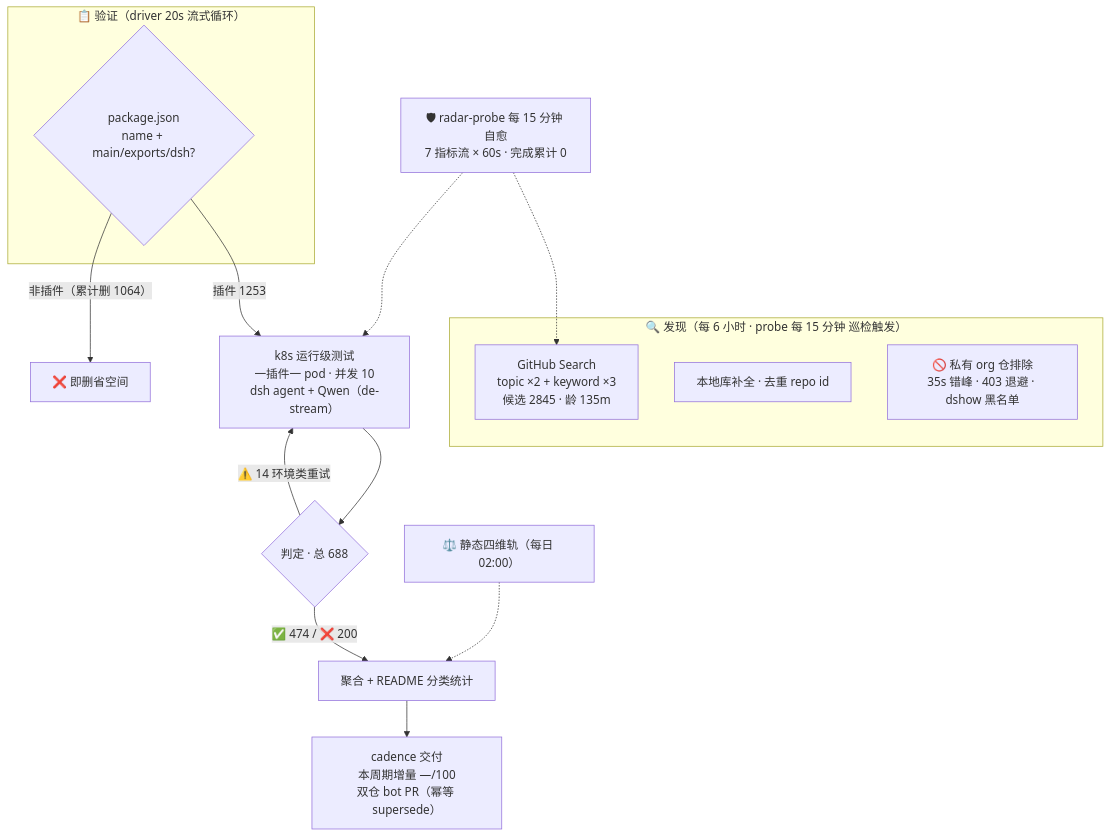
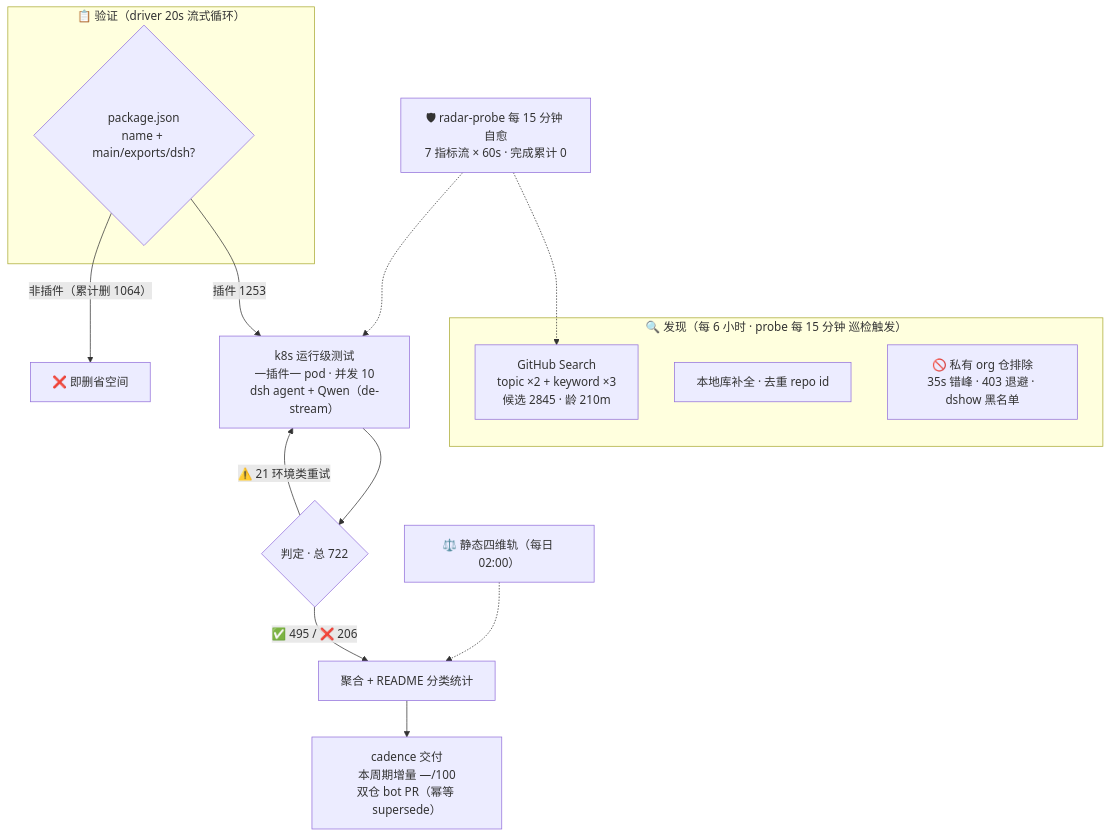
Before and after one commit to Zhidao-Lab-OSS/awesome-dsh-plugins: the diagram in README.md, drawn with Mermaid. The commit also changed other lines of this file and 1 other file, not shown here.

````diff
--- a/README.md
+++ b/README.md
@@ -32,20 +32,20 @@
 ```mermaid
 flowchart TB
     subgraph Discovery["🔍 发现（每 6 小时 · probe 每 15 分钟 巡检触发）"]
-        A1["GitHub Search<br/>topic ×2 + keyword ×3<br/>候选 2845 · 龄 135m"]
+        A1["GitHub Search<br/>topic ×2 + keyword ×3<br/>候选 2845 · 龄 210m"]
         A2["本地库补全 · 去重 repo id"]
         A3["🚫 私有 org 仓排除<br/>35s 错峰 · 403 退避 · dshow 黑名单"]
     end
     subgraph Validation["📋 验证（driver 20s 流式循环）"]
         B1{"package.json<br/>name + main/exports/dsh?"}
     end
     B1 -->|"插件 1253"| C1["k8s 运行级测试<br/>一插件一 pod · 并发 10<br/>dsh agent + Qwen（de-stream）"]
     B1 -->|"非插件（累计删 1064）"| B3["❌ 即删省空间"]
-    C1 --> D1{"判定 · 总 688"}
-    D1 -->|"✅ 474 / ❌ 200"| E1["聚合 + README 分类统计"]
-    D1 -->|"⚠️ 14 环境类重试"| C1
+    C1 --> D1{"判定 · 总 722"}
+    D1 -->|"✅ 495 / ❌ 206"| E1["聚合 + README 分类统计"]
+    D1 -->|"⚠️ 21 环境类重试"| C1
     E1 --> E2["cadence 交付<br/>本周期增量 —/100<br/>双仓 bot PR（幂等 supersede）"]
     S["⚖️ 静态四维轨（每日 02:00）"] -.-> E1
     M["🛡 radar-probe 每 15 分钟 自愈<br/>7 指标流 × 60s · 完成累计 0"] -.-> A1
     M -.-> C1
 ```
````
